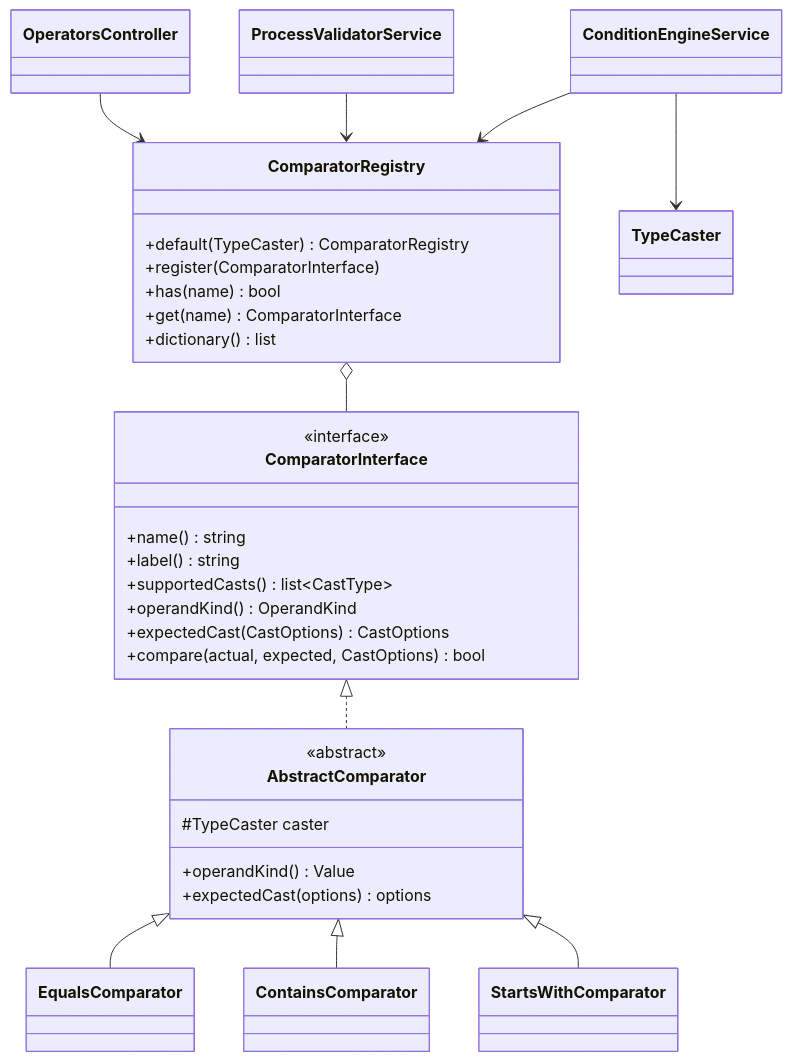
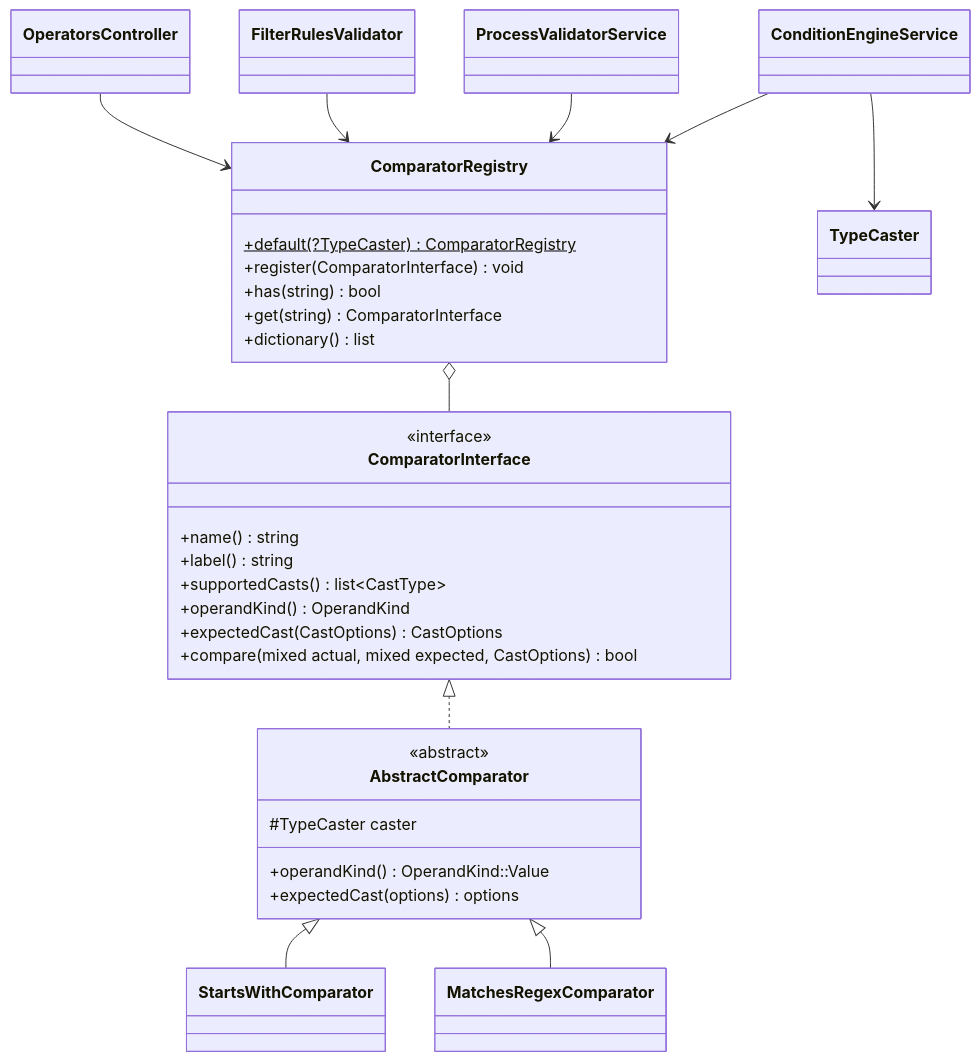
Before and after one commit to madarch-labs/Workflow-Processing-Service: the diagram in doc/en/07-developer-guide/extending/new-comparator.md, drawn with Mermaid. The commit also changed other lines of this file and 200 other files, not shown here.

````diff
--- a/doc/en/07-developer-guide/extending/new-comparator.md
+++ b/doc/en/07-developer-guide/extending/new-comparator.md
@@ -21,34 +27,34 @@
 ```mermaid
 classDiagram
     class ComparatorInterface {
         <<interface>>
         +name() string
         +label() string
         +supportedCasts() list~CastType~
         +operandKind() OperandKind
         +expectedCast(CastOptions) CastOptions
-        +compare(actual, expected, CastOptions) bool
+        +compare(mixed actual, mixed expected, CastOptions) bool
     }
     class AbstractComparator {
         <<abstract>>
         #TypeCaster caster
-        +operandKind() Value
+        +operandKind() OperandKind::Value
         +expectedCast(options) options
     }
     class ComparatorRegistry {
-        +default(TypeCaster) ComparatorRegistry
-        +register(ComparatorInterface)
-        +has(name) bool
-        +get(name) ComparatorInterface
+        +default(?TypeCaster)$ ComparatorRegistry
+        +register(ComparatorInterface) void
+        +has(string) bool
+        +get(string) ComparatorInterface
         +dictionary() list
     }
     ComparatorInterface <|.. AbstractComparator
-    AbstractComparator <|-- EqualsComparator
-    AbstractComparator <|-- ContainsComparator
     AbstractComparator <|-- StartsWithComparator
+    AbstractComparator <|-- MatchesRegexComparator
     ComparatorRegistry o-- ComparatorInterface
     ConditionEngineService --> ComparatorRegistry
     ConditionEngineService --> TypeCaster
     ProcessValidatorService --> ComparatorRegistry
+    FilterRulesValidator --> ComparatorRegistry
     OperatorsController --> ComparatorRegistry
 ```
````
